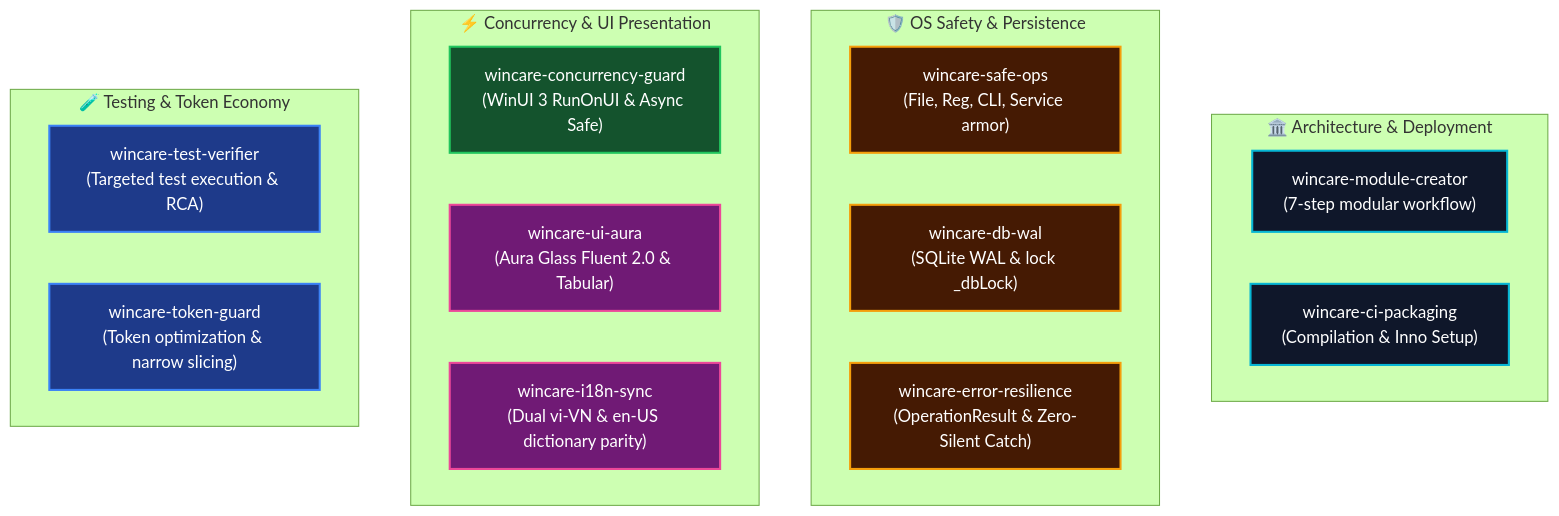
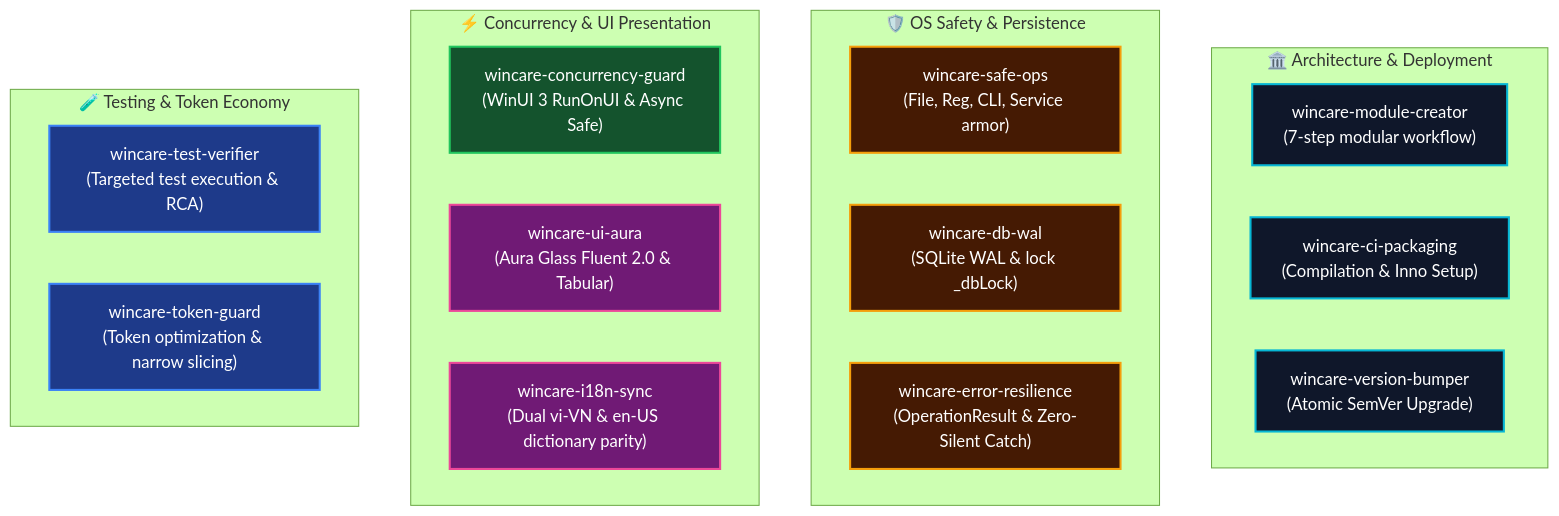
The diagram in .agents/skills/README.md (Nguyen-Trung-Tien/WinCarePro), drawn with Mermaid (forest theme) before and after one commit. The commit also changed other lines of this file and 58 other files, not shown here.

Commit message:
feat(skills): upgrade agent skills to standard Antigravity specification and add version-bumper skill

````diff
--- a/.agents/skills/README.md
+++ b/.agents/skills/README.md
@@ -10,30 +25,31 @@
 ```mermaid
 graph TD
     classDef arch fill:#0f172a,stroke:#06b6d4,stroke-width:2px,color:#fff;
     classDef sec fill:#451a03,stroke:#f59e0b,stroke-width:2px,color:#fff;
     classDef thread fill:#14532d,stroke:#22c55e,stroke-width:2px,color:#fff;
     classDef ui fill:#701a75,stroke:#ec4899,stroke-width:2px,color:#fff;
     classDef dev fill:#1e3a8a,stroke:#3b82f6,stroke-width:2px,color:#fff;
 
     subgraph "🏛️ Architecture & Deployment"
         S1["wincare-module-creator<br/>(7-step modular workflow)"]:::arch
         S10["wincare-ci-packaging<br/>(Compilation & Inno Setup)"]:::arch
+        S11["wincare-version-bumper<br/>(Atomic SemVer Upgrade)"]:::arch
     end
 
     subgraph "🛡️ OS Safety & Persistence"
         S2["wincare-safe-ops<br/>(File, Reg, CLI, Service armor)"]:::sec
         S6["wincare-db-wal<br/>(SQLite WAL & lock _dbLock)"]:::sec
         S7["wincare-error-resilience<br/>(OperationResult & Zero-Silent Catch)"]:::sec
     end
 
     subgraph "⚡ Concurrency & UI Presentation"
         S3["wincare-concurrency-guard<br/>(WinUI 3 RunOnUI & Async Safe)"]:::thread
         S4["wincare-ui-aura<br/>(Aura Glass Fluent 2.0 & Tabular)"]:::ui
         S5["wincare-i18n-sync<br/>(Dual vi-VN & en-US dictionary parity)"]:::ui
     end
 
     subgraph "🧪 Testing & Token Economy"
         S8["wincare-test-verifier<br/>(Targeted test execution & RCA)"]:::dev
         S9["wincare-token-guard<br/>(Token optimization & narrow slicing)"]:::dev
     end
 ```
````
